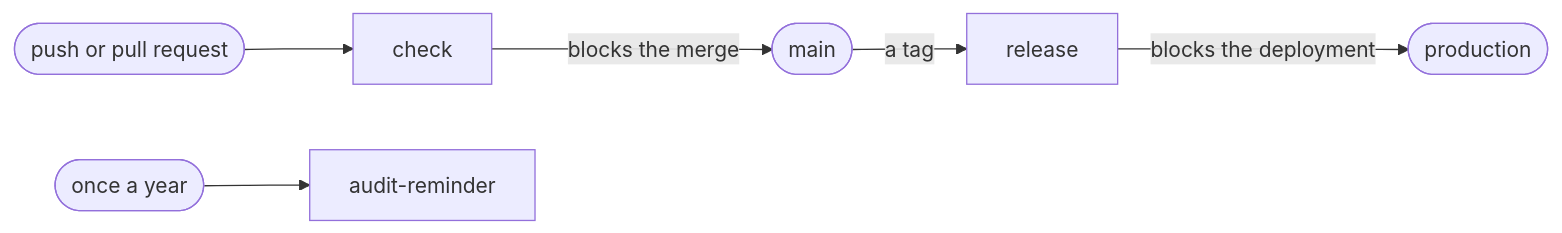
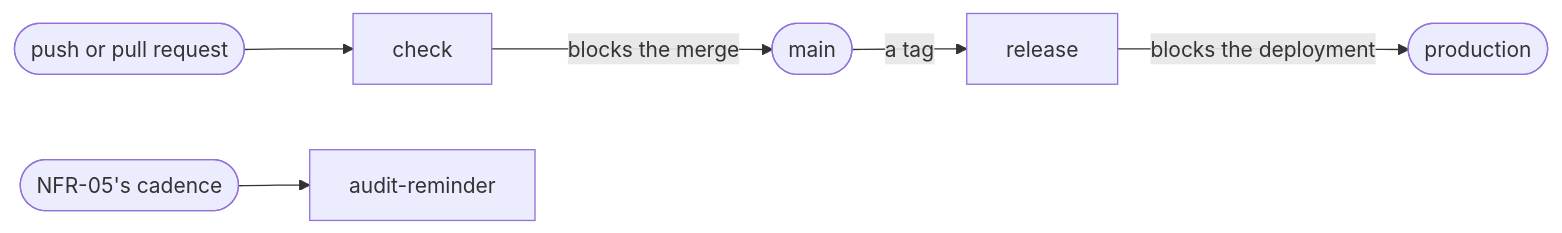
Before and after one commit to Taro000/req-to-design: the diagram in skills/architecture-to-technical-policy/references/report-template.md, drawn with Mermaid. The commit also changed other lines of this file and 27 other files, not shown here.

````diff
--- a/skills/architecture-to-technical-policy/references/report-template.md
+++ b/skills/architecture-to-technical-policy/references/report-template.md
@@ -182,8 +183,8 @@
 ```mermaid
 flowchart LR
   push([push or pull request]) --> check[check]
   check -- blocks the merge --> main([main])
   main -- a tag --> release[release]
   release -- blocks the deployment --> prod([production])
-  schedule([once a year]) --> reminder[audit-reminder]
+  schedule([NFR-05's cadence]) --> reminder[audit-reminder]
 ```
````
